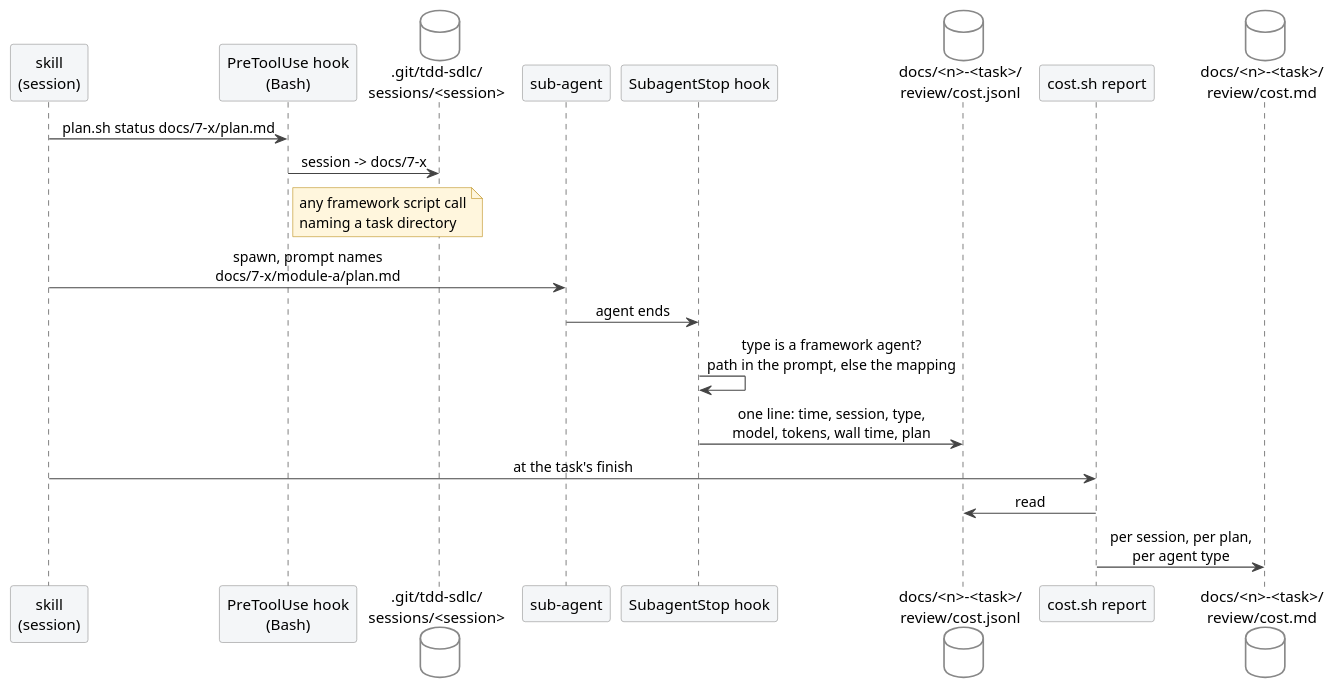
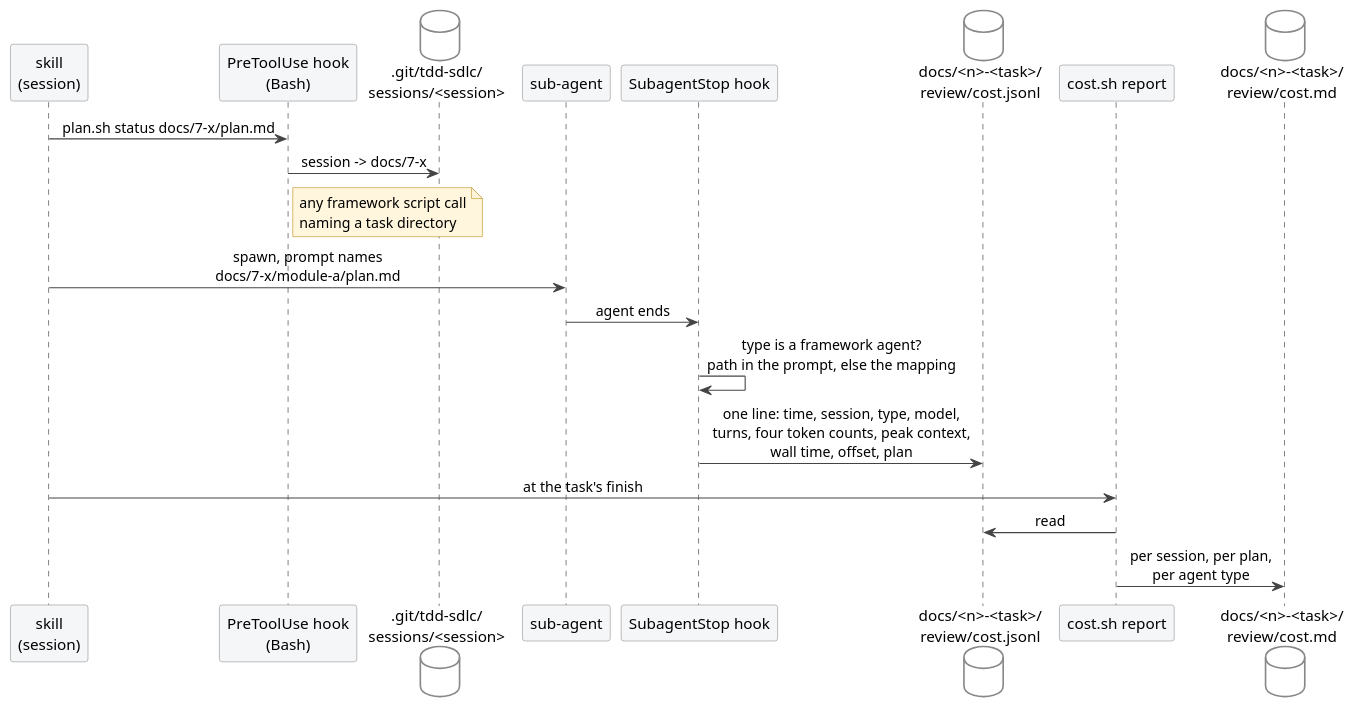
Before and after one commit to ds-usova/tdd-sdlc: the diagram in docs/diagrams/cost-flow.puml, drawn with PlantUML. The commit also changed 6 other files, not shown here.

```diff
--- a/docs/diagrams/cost-flow.puml
+++ b/docs/diagrams/cost-flow.puml
@@ -1,41 +1,41 @@
 @startuml cost-flow
 skinparam defaultFontName Helvetica
 skinparam shadowing false
 skinparam ArrowColor #444
 skinparam sequenceMessageAlign center
 skinparam participant {
   BackgroundColor #F4F6F8
   BorderColor #888
 }
 skinparam database {
   BackgroundColor #FFFFFF
   BorderColor #888
 }
 skinparam note {
   BackgroundColor #FFF6DD
   BorderColor #B8860B
 }
 
 participant "skill\n(session)" as S
 participant "PreToolUse hook\n(Bash)" as PRE
 database ".git/tdd-sdlc/\nsessions/<session>" as MAP
 participant "sub-agent" as A
 participant "SubagentStop hook" as STOP
 database "docs/<n>-<task>/\nreview/cost.jsonl" as JSONL
 participant "cost.sh report" as REP
 database "docs/<n>-<task>/\nreview/cost.md" as MD
 
 S -> PRE : plan.sh status docs/7-x/plan.md
 PRE -> MAP : session -> docs/7-x
 note right of PRE
   any framework script call
   naming a task directory
 end note
 S -> A : spawn, prompt names\ndocs/7-x/module-a/plan.md
 A -> STOP : agent ends
 STOP -> STOP : type is a framework agent?\npath in the prompt, else the mapping
-STOP -> JSONL : one line: time, session, type,\nmodel, tokens, wall time, plan
+STOP -> JSONL : one line: time, session, type, model,\nturns, four token counts, peak context,\nwall time, offset, plan
 S -> REP : at the task's finish
 REP -> JSONL : read
 REP -> MD : per session, per plan,\nper agent type
 @enduml
```
